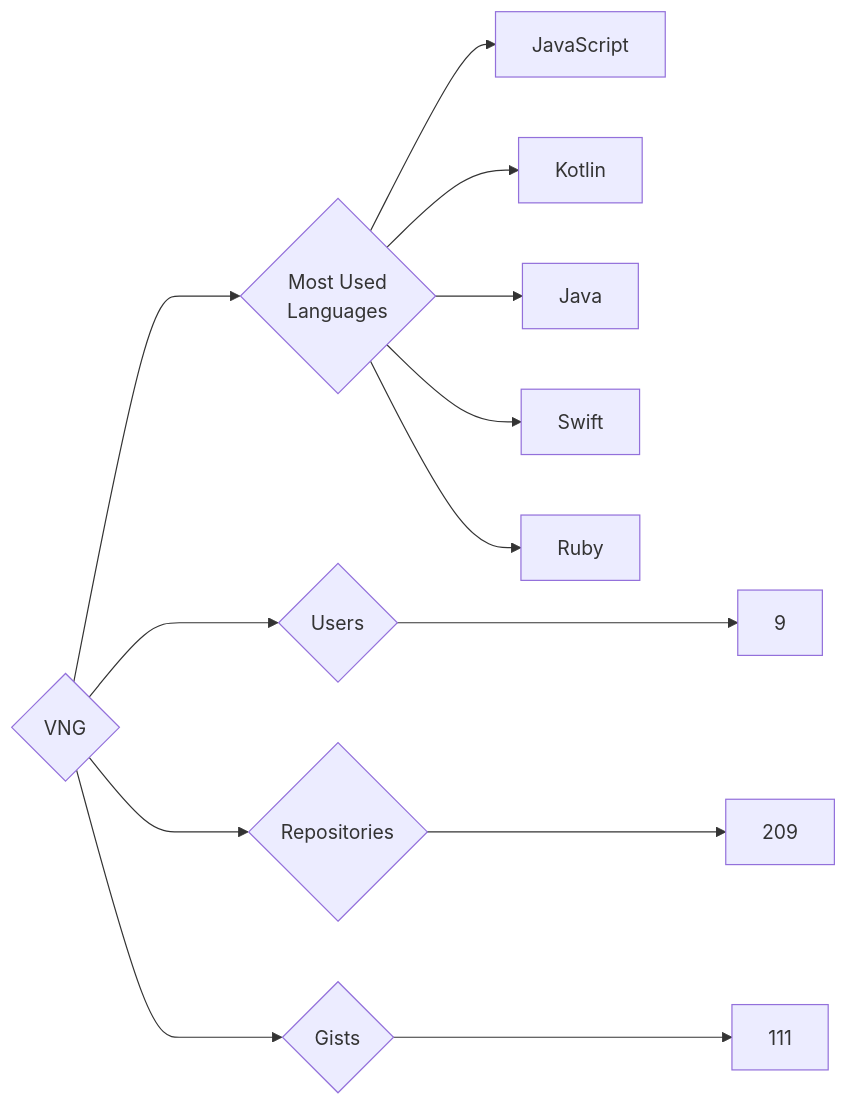
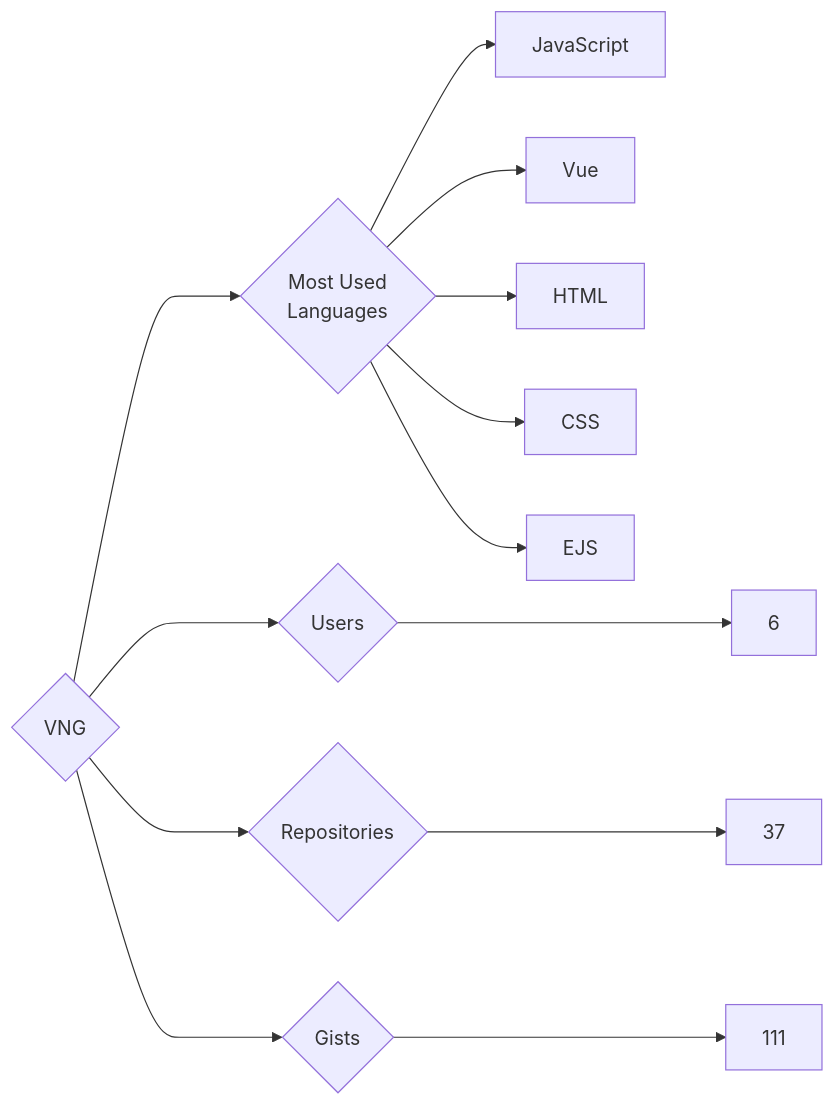
Before and after one commit to trickest/insiders: the diagram in targets/VNG/README.md, drawn with Mermaid. The commit also changed 823 other files, not shown here.

````diff
--- a/targets/VNG/README.md
+++ b/targets/VNG/README.md
@@ -3,13 +3,13 @@
 ```mermaid
 graph LR
 COMPANY_NAME{VNG}
-COMPANY_NAME ---> U{Users} ---> UN[9]
-COMPANY_NAME ---> R{Repositories} ---> RN[209]
+COMPANY_NAME ---> U{Users} ---> UN[6]
+COMPANY_NAME ---> R{Repositories} ---> RN[37]
 COMPANY_NAME ---> G{Gists} ---> GN[111]
 COMPANY_NAME ---> ML{Most Used<br>Languages}
 ML --> JavaScript[JavaScript]
-ML --> Kotlin[Kotlin]
-ML --> Java[Java]
-ML --> Swift[Swift]
-ML --> Ruby[Ruby]
+ML --> Vue[Vue]
+ML --> HTML[HTML]
+ML --> CSS[CSS]
+ML --> EJS[EJS]
 ```
````
